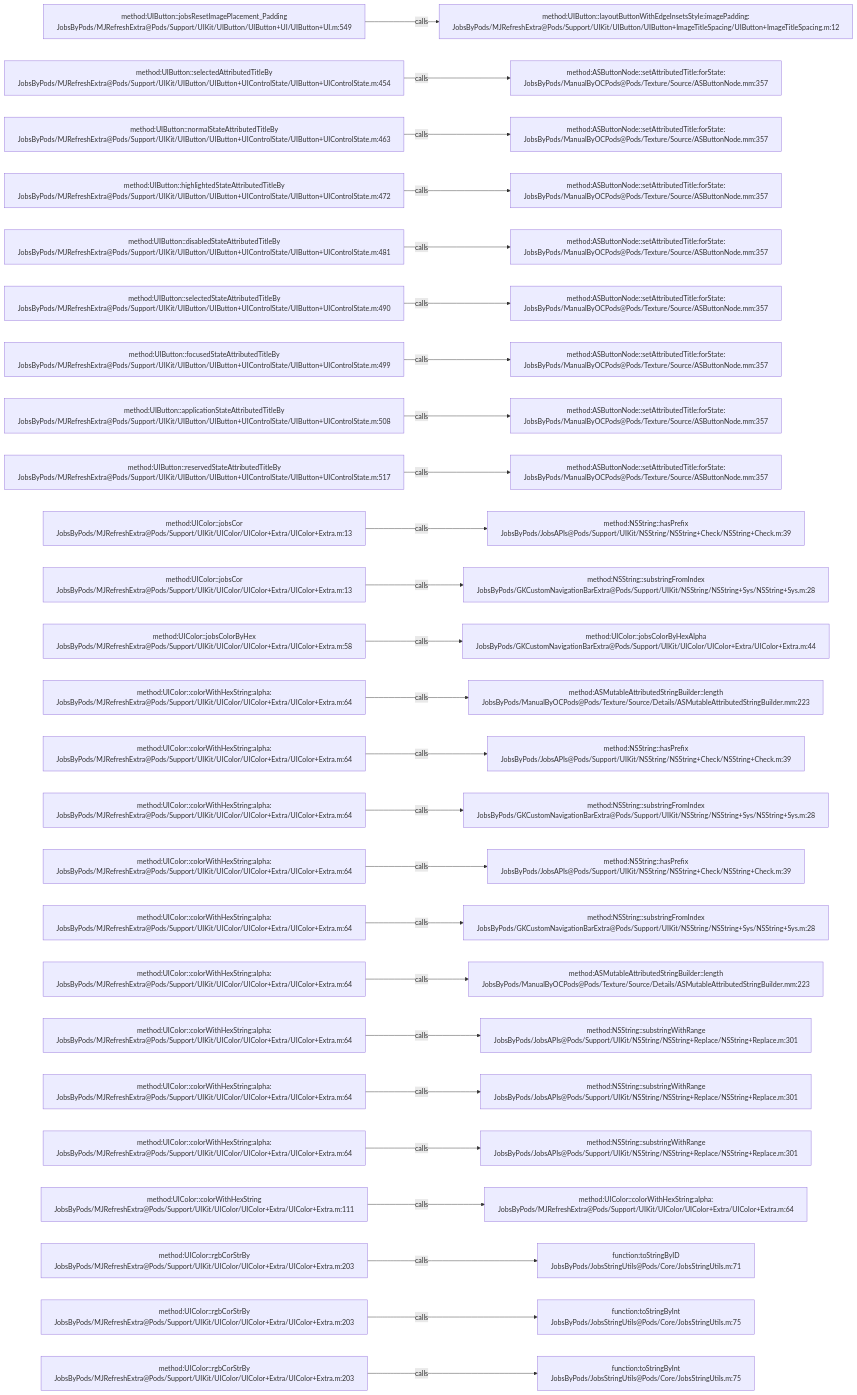
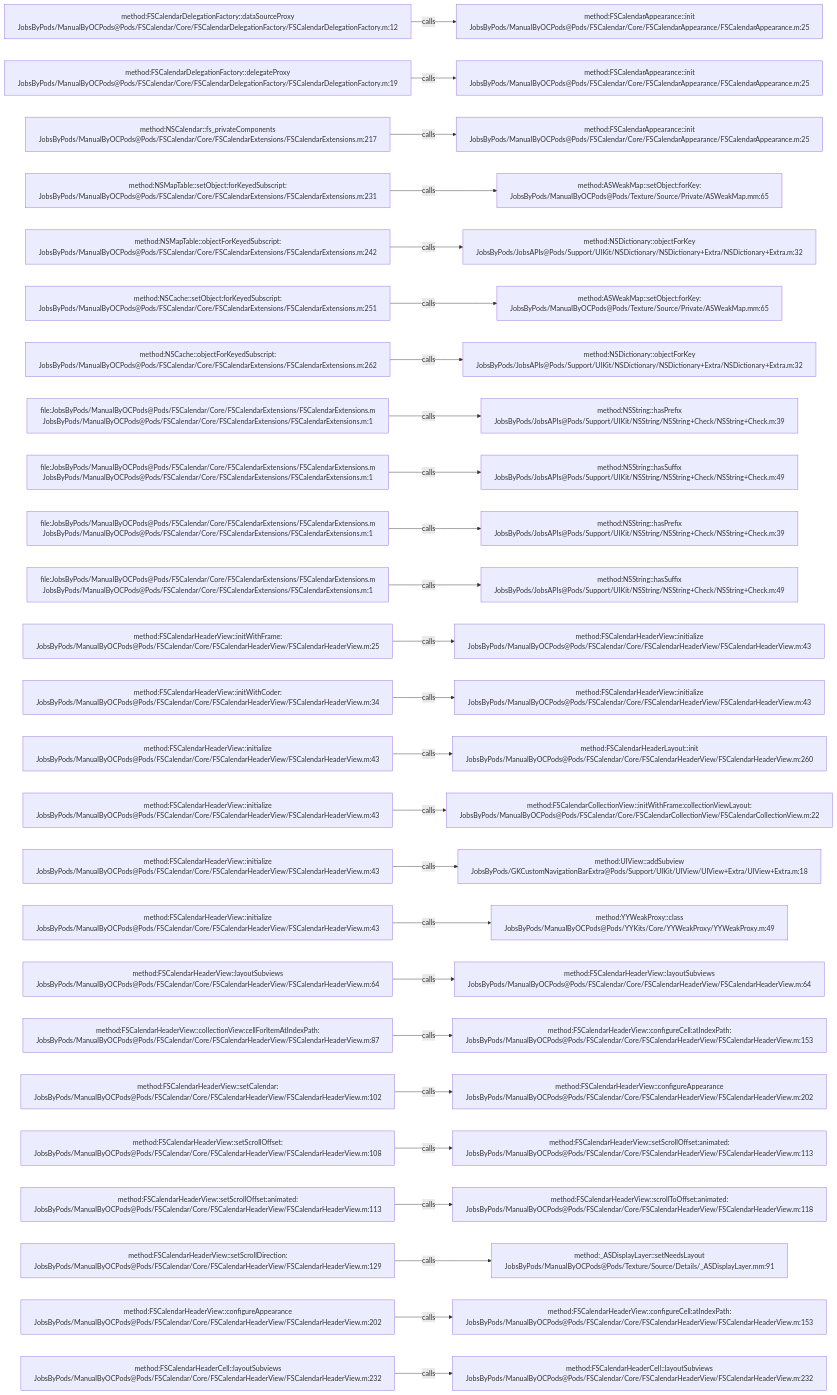
One commit to JobsKits/JobsOCBaseConfigDemo changed the diagram in .codegraph/codegraph.md/graphs/calls-181.md. Above: the diagram before and after it, drawn with Mermaid. The commit also changed 639 other files, not shown here.

````diff
--- a/.codegraph/codegraph.md/graphs/calls-181.md
+++ b/.codegraph/codegraph.md/graphs/calls-181.md
@@ -13,78 +13,78 @@
 ```mermaid
 flowchart LR
-  S1["method:UIButton::jobsResetImagePlacement_Padding<br/>JobsByPods/MJRefreshExtra@Pods/Support/UIKit/UIButton/UIButton+UI/UIButton+UI.m:549"]
-  T1["method:UIButton::layoutButtonWithEdgeInsetsStyle:imagePadding:<br/>JobsByPods/MJRefreshExtra@Pods/Support/UIKit/UIButton/UIButton+ImageTitleSpacing/UIButton+ImageTitleSpacing.m:12"]
+  S1["method:FSCalendarDelegationFactory::dataSourceProxy<br/>JobsByPods/ManualByOCPods@Pods/FSCalendar/Core/FSCalendarDelegationFactory/FSCalendarDelegationFactory.m:12"]
+  T1["method:FSCalendarAppearance::init<br/>JobsByPods/ManualByOCPods@Pods/FSCalendar/Core/FSCalendarAppearance/FSCalendarAppearance.m:25"]
   S1 -->|calls| T1
-  S2["method:UIButton::selectedAttributedTitleBy<br/>JobsByPods/MJRefreshExtra@Pods/Support/UIKit/UIButton/UIButton+UIControlState/UIButton+UIControlState.m:454"]
-  T2["method:ASButtonNode::setAttributedTitle:forState:<br/>JobsByPods/ManualByOCPods@Pods/Texture/Source/ASButtonNode.mm:357"]
+  S2["method:FSCalendarDelegationFactory::delegateProxy<br/>JobsByPods/ManualByOCPods@Pods/FSCalendar/Core/FSCalendarDelegationFactory/FSCalendarDelegationFactory.m:19"]
+  T2["method:FSCalendarAppearance::init<br/>JobsByPods/ManualByOCPods@Pods/FSCalendar/Core/FSCalendarAppearance/FSCalendarAppearance.m:25"]
   S2 -->|calls| T2
-  S3["method:UIButton::normalStateAttributedTitleBy<br/>JobsByPods/MJRefreshExtra@Pods/Support/UIKit/UIButton/UIButton+UIControlState/UIButton+UIControlState.m:463"]
-  T3["method:ASButtonNode::setAttributedTitle:forState:<br/>JobsByPods/ManualByOCPods@Pods/Texture/Source/ASButtonNode.mm:357"]
+  S3["method:NSCalendar::fs_privateComponents<br/>JobsByPods/ManualByOCPods@Pods/FSCalendar/Core/FSCalendarExtensions/FSCalendarExtensions.m:217"]
+  T3["method:FSCalendarAppearance::init<br/>JobsByPods/ManualByOCPods@Pods/FSCalendar/Core/FSCalendarAppearance/FSCalendarAppearance.m:25"]
   S3 -->|calls| T3
-  S4["method:UIButton::highlightedStateAttributedTitleBy<br/>JobsByPods/MJRefreshExtra@Pods/Support/UIKit/UIButton/UIButton+UIControlState/UIButton+UIControlState.m:472"]
-  T4["method:ASButtonNode::setAttributedTitle:forState:<br/>JobsByPods/ManualByOCPods@Pods/Texture/Source/ASButtonNode.mm:357"]
+  S4["method:NSMapTable::setObject:forKeyedSubscript:<br/>JobsByPods/ManualByOCPods@Pods/FSCalendar/Core/FSCalendarExtensions/FSCalendarExtensions.m:231"]
+  T4["method:ASWeakMap::setObject:forKey:<br/>JobsByPods/ManualByOCPods@Pods/Texture/Source/Private/ASWeakMap.mm:65"]
   S4 -->|calls| T4
-  S5["method:UIButton::disabledStateAttributedTitleBy<br/>JobsByPods/MJRefreshExtra@Pods/Support/UIKit/UIButton/UIButton+UIControlState/UIButton+UIControlState.m:481"]
-  T5["method:ASButtonNode::setAttributedTitle:forState:<br/>JobsByPods/ManualByOCPods@Pods/Texture/Source/ASButtonNode.mm:357"]
+  S5["method:NSMapTable::objectForKeyedSubscript:<br/>JobsByPods/ManualByOCPods@Pods/FSCalendar/Core/FSCalendarExtensions/FSCalendarExtensions.m:242"]
+  T5["method:NSDictionary::objectForKey<br/>JobsByPods/JobsAPIs@Pods/Support/UIKit/NSDictionary/NSDictionary+Extra/NSDictionary+Extra.m:32"]
   S5 -->|calls| T5
-  S6["method:UIButton::selectedStateAttributedTitleBy<br/>JobsByPods/MJRefreshExtra@Pods/Support/UIKit/UIButton/UIButton+UIControlState/UIButton+UIControlState.m:490"]
-  T6["method:ASButtonNode::setAttributedTitle:forState:<br/>JobsByPods/ManualByOCPods@Pods/Texture/Source/ASButtonNode.mm:357"]
+  S6["method:NSCache::setObject:forKeyedSubscript:<br/>JobsByPods/ManualByOCPods@Pods/FSCalendar/Core/FSCalendarExtensions/FSCalendarExtensions.m:251"]
+  T6["method:ASWeakMap::setObject:forKey:<br/>JobsByPods/ManualByOCPods@Pods/Texture/Source/Private/ASWeakMap.mm:65"]
   S6 -->|calls| T6
-  S7["method:UIButton::focusedStateAttributedTitleBy<br/>JobsByPods/MJRefreshExtra@Pods/Support/UIKit/UIButton/UIButton+UIControlState/UIButton+UIControlState.m:499"]
-  T7["method:ASButtonNode::setAttributedTitle:forState:<br/>JobsByPods/ManualByOCPods@Pods/Texture/Source/ASButtonNode.mm:357"]
+  S7["method:NSCache::objectForKeyedSubscript:<br/>JobsByPods/ManualByOCPods@Pods/FSCalendar/Core/FSCalendarExtensions/FSCalendarExtensions.m:262"]
+  T7["method:NSDictionary::objectForKey<br/>JobsByPods/JobsAPIs@Pods/Support/UIKit/NSDictionary/NSDictionary+Extra/NSDictionary+Extra.m:32"]
   S7 -->|calls| T7
-  S8["method:UIButton::applicationStateAttributedTitleBy<br/>JobsByPods/MJRefreshExtra@Pods/Support/UIKit/UIButton/UIButton+UIControlState/UIButton+UIControlState.m:508"]
-  T8["method:ASButtonNode::setAttributedTitle:forState:<br/>JobsByPods/ManualByOCPods@Pods/Texture/Source/ASButtonNode.mm:357"]
+  S8["file:JobsByPods/ManualByOCPods@Pods/FSCalendar/Core/FSCalendarExtensions/FSCalendarExtensions.m<br/>JobsByPods/ManualByOCPods@Pods/FSCalendar/Core/FSCalendarExtensions/FSCalendarExtensions.m:1"]
+  T8["method:NSString::hasPrefix<br/>JobsByPods/JobsAPIs@Pods/Support/UIKit/NSString/NSString+Check/NSString+Check.m:39"]
   S8 -->|calls| T8
-  S9["method:UIButton::reservedStateAttributedTitleBy<br/>JobsByPods/MJRefreshExtra@Pods/Support/UIKit/UIButton/UIButton+UIControlState/UIButton+UIControlState.m:517"]
-  T9["method:ASButtonNode::setAttributedTitle:forState:<br/>JobsByPods/ManualByOCPods@Pods/Texture/Source/ASButtonNode.mm:357"]
+  S9["file:JobsByPods/ManualByOCPods@Pods/FSCalendar/Core/FSCalendarExtensions/FSCalendarExtensions.m<br/>JobsByPods/ManualByOCPods@Pods/FSCalendar/Core/FSCalendarExtensions/FSCalendarExtensions.m:1"]
+  T9["method:NSString::hasSuffix<br/>JobsByPods/JobsAPIs@Pods/Support/UIKit/NSString/NSString+Check/NSString+Check.m:49"]
   S9 -->|calls| T9
-  S10["method:UIColor::jobsCor<br/>JobsByPods/MJRefreshExtra@Pods/Support/UIKit/UIColor/UIColor+Extra/UIColor+Extra.m:13"]
+  S10["file:JobsByPods/ManualByOCPods@Pods/FSCalendar/Core/FSCalendarExtensions/FSCalendarExtensions.m<br/>JobsByPods/ManualByOCPods@Pods/FSCalendar/Core/FSCalendarExtensions/FSCalendarExtensions.m:1"]
   T10["method:NSString::hasPrefix<br/>JobsByPods/JobsAPIs@Pods/Support/UIKit/NSString/NSString+Check/NSString+Check.m:39"]
   S10 -->|calls| T10
-  S11["method:UIColor::jobsCor<br/>JobsByPods/MJRefreshExtra@Pods/Support/UIKit/UIColor/UIColor+Extra/UIColor+Extra.m:13"]
-  T11["method:NSString::substringFromIndex<br/>JobsByPods/GKCustomNavigationBarExtra@Pods/Support/UIKit/NSString/NSString+Sys/NSString+Sys.m:28"]
+  S11["file:JobsByPods/ManualByOCPods@Pods/FSCalendar/Core/FSCalendarExtensions/FSCalendarExtensions.m<br/>JobsByPods/ManualByOCPods@Pods/FSCalendar/Core/FSCalendarExtensions/FSCalendarExtensions.m:1"]
+  T11["method:NSString::hasSuffix<br/>JobsByPods/JobsAPIs@Pods/Support/UIKit/NSString/NSString+Check/NSString+Check.m:49"]
   S11 -->|calls| T11
-  S12["method:UIColor::jobsColorByHex<br/>JobsByPods/MJRefreshExtra@Pods/Support/UIKit/UIColor/UIColor+Extra/UIColor+Extra.m:58"]
-  T12["method:UIColor::jobsColorByHexAlpha<br/>JobsByPods/GKCustomNavigationBarExtra@Pods/Support/UIKit/UIColor/UIColor+Extra/UIColor+Extra.m:44"]
+  S12["method:FSCalendarHeaderView::initWithFrame:<br/>JobsByPods/ManualByOCPods@Pods/FSCalendar/Core/FSCalendarHeaderView/FSCalendarHeaderView.m:25"]
+  T12["method:FSCalendarHeaderView::initialize<br/>JobsByPods/ManualByOCPods@Pods/FSCalendar/Core/FSCalendarHeaderView/FSCalendarHeaderView.m:43"]
   S12 -->|calls| T12
-  S13["method:UIColor::colorWithHexString:alpha:<br/>JobsByPods/MJRefreshExtra@Pods/Support/UIKit/UIColor/UIColor+Extra/UIColor+Extra.m:64"]
-  T13["method:ASMutableAttributedStringBuilder::length<br/>JobsByPods/ManualByOCPods@Pods/Texture/Source/Details/ASMutableAttributedStringBuilder.mm:223"]
+  S13["method:FSCalendarHeaderView::initWithCoder:<br/>JobsByPods/ManualByOCPods@Pods/FSCalendar/Core/FSCalendarHeaderView/FSCalendarHeaderView.m:34"]
+  T13["method:FSCalendarHeaderView::initialize<br/>JobsByPods/ManualByOCPods@Pods/FSCalendar/Core/FSCalendarHeaderView/FSCalendarHeaderView.m:43"]
   S13 -->|calls| T13
-  S14["method:UIColor::colorWithHexString:alpha:<br/>JobsByPods/MJRefreshExtra@Pods/Support/UIKit/UIColor/UIColor+Extra/UIColor+Extra.m:64"]
-  T14["method:NSString::hasPrefix<br/>JobsByPods/JobsAPIs@Pods/Support/UIKit/NSString/NSString+Check/NSString+Check.m:39"]
+  S14["method:FSCalendarHeaderView::initialize<br/>JobsByPods/ManualByOCPods@Pods/FSCalendar/Core/FSCalendarHeaderView/FSCalendarHeaderView.m:43"]
+  T14["method:FSCalendarHeaderLayout::init<br/>JobsByPods/ManualByOCPods@Pods/FSCalendar/Core/FSCalendarHeaderView/FSCalendarHeaderView.m:260"]
   S14 -->|calls| T14
-  S15["method:UIColor::colorWithHexString:alpha:<br/>JobsByPods/MJRefreshExtra@Pods/Support/UIKit/UIColor/UIColor+Extra/UIColor+Extra.m:64"]
-  T15["method:NSString::substringFromIndex<br/>JobsByPods/GKCustomNavigationBarExtra@Pods/Support/UIKit/NSString/NSString+Sys/NSString+Sys.m:28"]
+  S15["method:FSCalendarHeaderView::initialize<br/>JobsByPods/ManualByOCPods@Pods/FSCalendar/Core/FSCalendarHeaderView/FSCalendarHeaderView.m:43"]
+  T15["method:FSCalendarCollectionView::initWithFrame:collectionViewLayout:<br/>JobsByPods/ManualByOCPods@Pods/FSCalendar/Core/FSCalendarCollectionView/FSCalendarCollectionView.m:22"]
   S15 -->|calls| T15
-  S16["method:UIColor::colorWithHexString:alpha:<br/>JobsByPods/MJRefreshExtra@Pods/Support/UIKit/UIColor/UIColor+Extra/UIColor+Extra.m:64"]
-  T16["method:NSString::hasPrefix<br/>JobsByPods/JobsAPIs@Pods/Support/UIKit/NSString/NSString+Check/NSString+Check.m:39"]
+  S16["method:FSCalendarHeaderView::initialize<br/>JobsByPods/ManualByOCPods@Pods/FSCalendar/Core/FSCalendarHeaderView/FSCalendarHeaderView.m:43"]
+  T16["method:UIView::addSubview<br/>JobsByPods/GKCustomNavigationBarExtra@Pods/Support/UIKit/UIView/UIView+Extra/UIView+Extra.m:18"]
   S16 -->|calls| T16
-  S17["method:UIColor::colorWithHexString:alpha:<br/>JobsByPods/MJRefreshExtra@Pods/Support/UIKit/UIColor/UIColor+Extra/UIColor+Extra.m:64"]
-  T17["method:NSString::substringFromIndex<br/>JobsByPods/GKCustomNavigationBarExtra@Pods/Support/UIKit/NSString/NSString+Sys/NSString+Sys.m:28"]
+  S17["method:FSCalendarHeaderView::initialize<br/>JobsByPods/ManualByOCPods@Pods/FSCalendar/Core/FSCalendarHeaderView/FSCalendarHeaderView.m:43"]
+  T17["method:YYWeakProxy::class<br/>JobsByPods/ManualByOCPods@Pods/YYKits/Core/YYWeakProxy/YYWeakProxy.m:49"]
   S17 -->|calls| T17
-  S18["method:UIColor::colorWithHexString:alpha:<br/>JobsByPods/MJRefreshExtra@Pods/Support/UIKit/UIColor/UIColor+Extra/UIColor+Extra.m:64"]
-  T18["method:ASMutableAttributedStringBuilder::length<br/>JobsByPods/ManualByOCPods@Pods/Texture/Source/Details/ASMutableAttributedStringBuilder.mm:223"]
+  S18["method:FSCalendarHeaderView::layoutSubviews<br/>JobsByPods/ManualByOCPods@Pods/FSCalendar/Core/FSCalendarHeaderView/FSCalendarHeaderView.m:64"]
+  T18["method:FSCalendarHeaderView::layoutSubviews<br/>JobsByPods/ManualByOCPods@Pods/FSCalendar/Core/FSCalendarHeaderView/FSCalendarHeaderView.m:64"]
   S18 -->|calls| T18
-  S19["method:UIColor::colorWithHexString:alpha:<br/>JobsByPods/MJRefreshExtra@Pods/Support/UIKit/UIColor/UIColor+Extra/UIColor+Extra.m:64"]
-  T19["method:NSString::substringWithRange<br/>JobsByPods/JobsAPIs@Pods/Support/UIKit/NSString/NSString+Replace/NSString+Replace.m:301"]
+  S19["method:FSCalendarHeaderView::collectionView:cellForItemAtIndexPath:<br/>JobsByPods/ManualByOCPods@Pods/FSCalendar/Core/FSCalendarHeaderView/FSCalendarHeaderView.m:87"]
+  T19["method:FSCalendarHeaderView::configureCell:atIndexPath:<br/>JobsByPods/ManualByOCPods@Pods/FSCalendar/Core/FSCalendarHeaderView/FSCalendarHeaderView.m:153"]
   S19 -->|calls| T19
-  S20["method:UIColor::colorWithHexString:alpha:<br/>JobsByPods/MJRefreshExtra@Pods/Support/UIKit/UIColor/UIColor+Extra/UIColor+Extra.m:64"]
-  T20["method:NSString::substringWithRange<br/>JobsByPods/JobsAPIs@Pods/Support/UIKit/NSString/NSString+Replace/NSString+Replace.m:301"]
+  S20["method:FSCalendarHeaderView::setCalendar:<br/>JobsByPods/ManualByOCPods@Pods/FSCalendar/Core/FSCalendarHeaderView/FSCalendarHeaderView.m:102"]
+  T20["method:FSCalendarHeaderView::configureAppearance<br/>JobsByPods/ManualByOCPods@Pods/FSCalendar/Core/FSCalendarHeaderView/FSCalendarHeaderView.m:202"]
   S20 -->|calls| T20
-  S21["method:UIColor::colorWithHexString:alpha:<br/>JobsByPods/MJRefreshExtra@Pods/Support/UIKit/UIColor/UIColor+Extra/UIColor+Extra.m:64"]
-  T21["method:NSString::substringWithRange<br/>JobsByPods/JobsAPIs@Pods/Support/UIKit/NSString/NSString+Replace/NSString+Replace.m:301"]
+  S21["method:FSCalendarHeaderView::setScrollOffset:<br/>JobsByPods/ManualByOCPods@Pods/FSCalendar/Core/FSCalendarHeaderView/FSCalendarHeaderView.m:108"]
+  T21["method:FSCalendarHeaderView::setScrollOffset:animated:<br/>JobsByPods/ManualByOCPods@Pods/FSCalendar/Core/FSCalendarHeaderView/FSCalendarHeaderView.m:113"]
   S21 -->|calls| T21
-  S22["method:UIColor::colorWithHexString<br/>JobsByPods/MJRefreshExtra@Pods/Support/UIKit/UIColor/UIColor+Extra/UIColor+Extra.m:111"]
-  T22["method:UIColor::colorWithHexString:alpha:<br/>JobsByPods/MJRefreshExtra@Pods/Support/UIKit/UIColor/UIColor+Extra/UIColor+Extra.m:64"]
+  S22["method:FSCalendarHeaderView::setScrollOffset:animated:<br/>JobsByPods/ManualByOCPods@Pods/FSCalendar/Core/FSCalendarHeaderView/FSCalendarHeaderView.m:113"]
+  T22["method:FSCalendarHeaderView::scrollToOffset:animated:<br/>JobsByPods/ManualByOCPods@Pods/FSCalendar/Core/FSCalendarHeaderView/FSCalendarHeaderView.m:118"]
   S22 -->|calls| T22
-  S23["method:UIColor::rgbCorStrBy<br/>JobsByPods/MJRefreshExtra@Pods/Support/UIKit/UIColor/UIColor+Extra/UIColor+Extra.m:203"]
-  T23["function:toStringByID<br/>JobsByPods/JobsStringUtils@Pods/Core/JobsStringUtils.m:71"]
+  S23["method:FSCalendarHeaderView::setScrollDirection:<br/>JobsByPods/ManualByOCPods@Pods/FSCalendar/Core/FSCalendarHeaderView/FSCalendarHeaderView.m:129"]
+  T23["method:_ASDisplayLayer::setNeedsLayout<br/>JobsByPods/ManualByOCPods@Pods/Texture/Source/Details/_ASDisplayLayer.mm:91"]
   S23 -->|calls| T23
-  S24["method:UIColor::rgbCorStrBy<br/>JobsByPods/MJRefreshExtra@Pods/Support/UIKit/UIColor/UIColor+Extra/UIColor+Extra.m:203"]
-  T24["function:toStringByInt<br/>JobsByPods/JobsStringUtils@Pods/Core/JobsStringUtils.m:75"]
+  S24["method:FSCalendarHeaderView::configureAppearance<br/>JobsByPods/ManualByOCPods@Pods/FSCalendar/Core/FSCalendarHeaderView/FSCalendarHeaderView.m:202"]
+  T24["method:FSCalendarHeaderView::configureCell:atIndexPath:<br/>JobsByPods/ManualByOCPods@Pods/FSCalendar/Core/FSCalendarHeaderView/FSCalendarHeaderView.m:153"]
   S24 -->|calls| T24
-  S25["method:UIColor::rgbCorStrBy<br/>JobsByPods/MJRefreshExtra@Pods/Support/UIKit/UIColor/UIColor+Extra/UIColor+Extra.m:203"]
-  T25["function:toStringByInt<br/>JobsByPods/JobsStringUtils@Pods/Core/JobsStringUtils.m:75"]
+  S25["method:FSCalendarHeaderCell::layoutSubviews<br/>JobsByPods/ManualByOCPods@Pods/FSCalendar/Core/FSCalendarHeaderView/FSCalendarHeaderView.m:232"]
+  T25["method:FSCalendarHeaderCell::layoutSubviews<br/>JobsByPods/ManualByOCPods@Pods/FSCalendar/Core/FSCalendarHeaderView/FSCalendarHeaderView.m:232"]
   S25 -->|calls| T25
 ```
````
